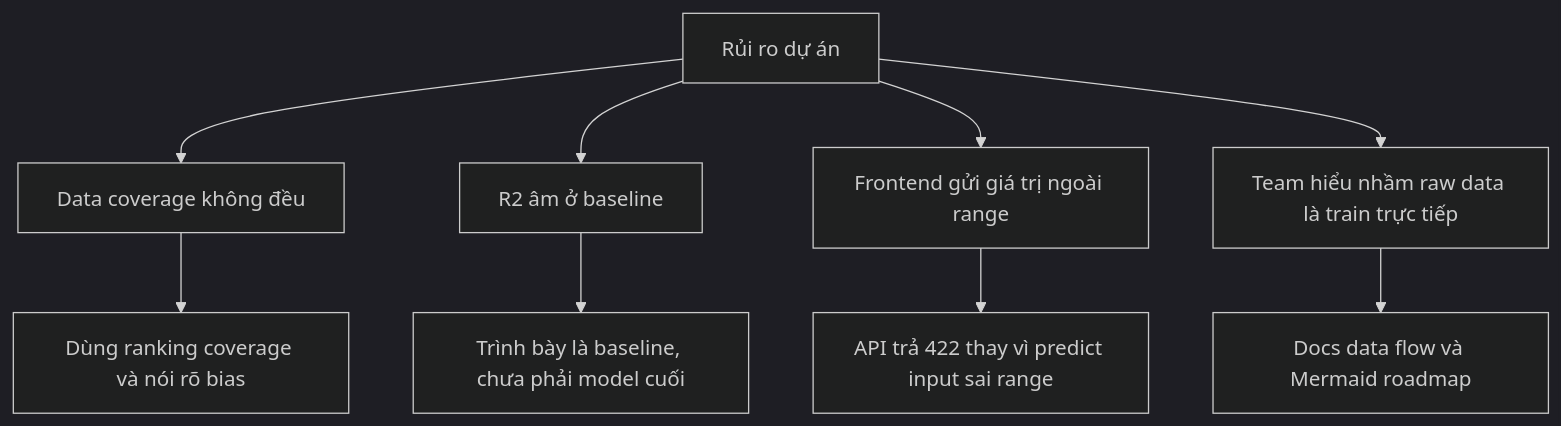
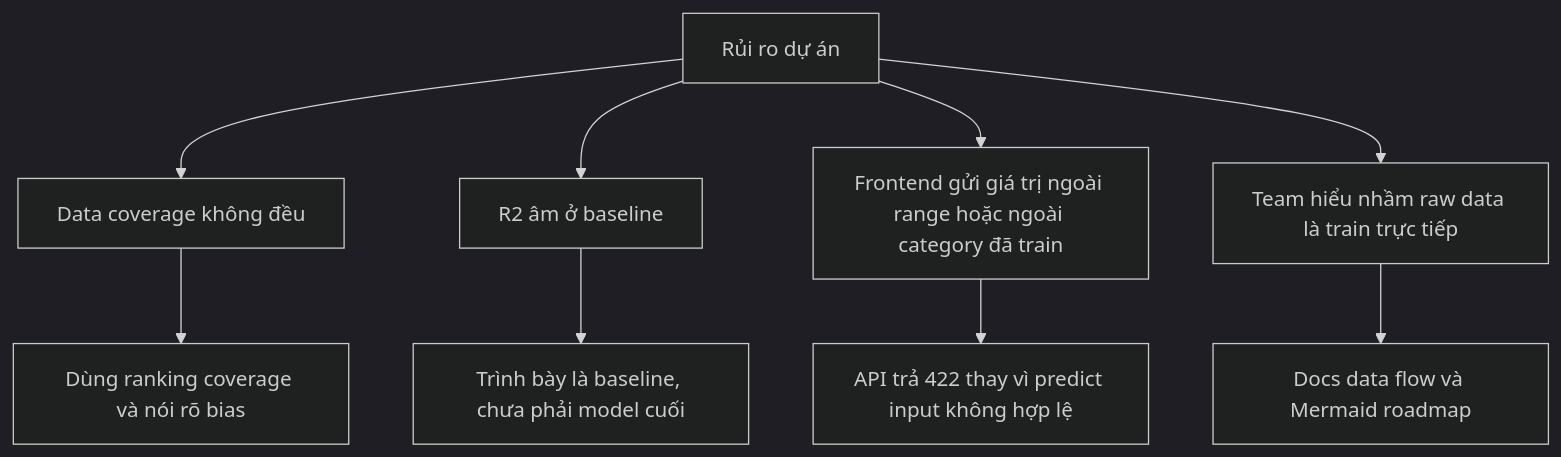
One commit to uit-25730067-chithanh/AI002-Team22-DT10 changed the eighth of 8 diagrams in docs/project-roadmap.md. Above: the diagram before and after it, drawn with Mermaid (dark theme). The commit also changed other lines of this file and 4 other files, not shown here.

First line of the commit message:
docs: align PR11 roadmap with current main

````diff
--- a/docs/project-roadmap.md
+++ b/docs/project-roadmap.md
@@ -266,12 +267,12 @@
 ```mermaid
 flowchart TD
     A[Rủi ro dự án] --> B[Data coverage không đều]
     A --> C[R2 âm ở baseline]
-    A --> D[Frontend gửi giá trị ngoài range]
+    A --> D[Frontend gửi giá trị ngoài range hoặc ngoài category đã train]
     A --> E[Team hiểu nhầm raw data là train trực tiếp]
 
     B --> B1[Dùng ranking coverage và nói rõ bias]
     C --> C1[Trình bày là baseline, chưa phải model cuối]
-    D --> D1[API trả 422 thay vì predict input sai range]
+    D --> D1[API trả 422 thay vì predict input không hợp lệ]
     E --> E1[Docs data flow và Mermaid roadmap]
 ```
````
